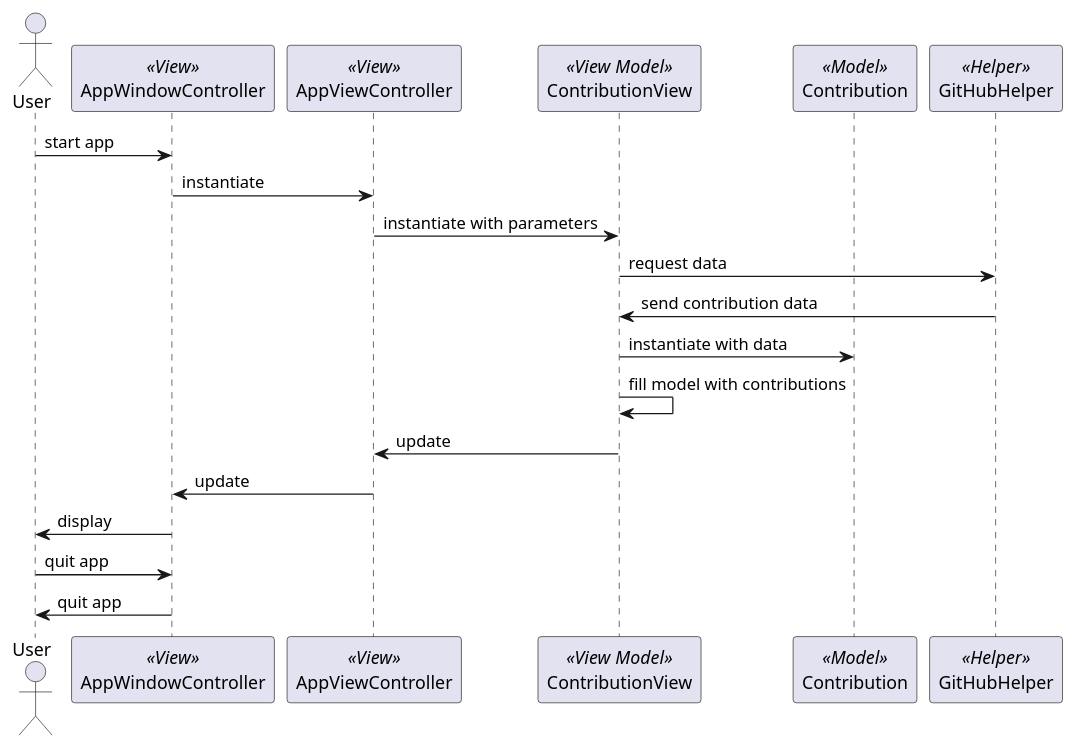
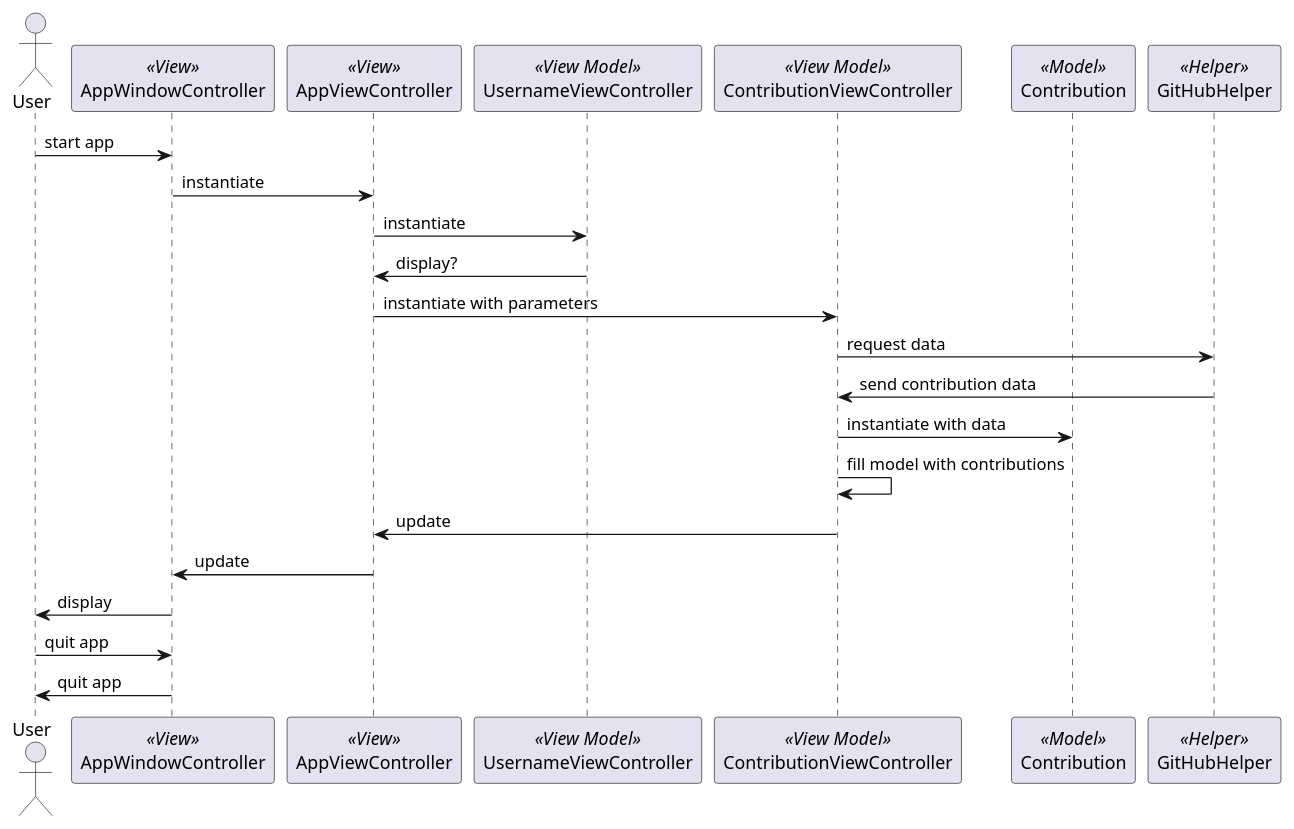
Before and after one commit to LuGeNat/GitHub-Contributions: the diagram in DIAGRAM.plantuml, drawn with PlantUML. The commit also changed 7 other files, not shown here.

Commit message:
add CollectionViewDataSource

```diff
--- a/DIAGRAM.plantuml
+++ b/DIAGRAM.plantuml
@@ -1,21 +1,24 @@
 @startuml
 actor User
 participant AppWindowController << View >>
 participant AppViewController << View >>
-participant ContributionView << View Model >>
+participant UsernameViewController << View Model >>
+participant ContributionViewController << View Model >>
 participant Contribution << Model >>
 participant GitHubHelper << Helper >>
 
 User -> AppWindowController: start app
 AppWindowController -> AppViewController: instantiate
-AppViewController -> ContributionView: instantiate with parameters
-ContributionView -> GitHubHelper: request data
-GitHubHelper -> ContributionView: send contribution data
-ContributionView -> Contribution: instantiate with data
-ContributionView -> ContributionView: fill model with contributions
-ContributionView -> AppViewController: update
+AppViewController -> UsernameViewController: instantiate
+UsernameViewController -> AppViewController: display?
+AppViewController -> ContributionViewController: instantiate with parameters
+ContributionViewController -> GitHubHelper: request data
+GitHubHelper -> ContributionViewController: send contribution data
+ContributionViewController -> Contribution: instantiate with data
+ContributionViewController -> ContributionViewController: fill model with contributions
+ContributionViewController -> AppViewController: update
 AppViewController -> AppWindowController: update
 AppWindowController -> User: display
 User -> AppWindowController: quit app
 AppWindowController -> User: quit app
 @enduml
```
